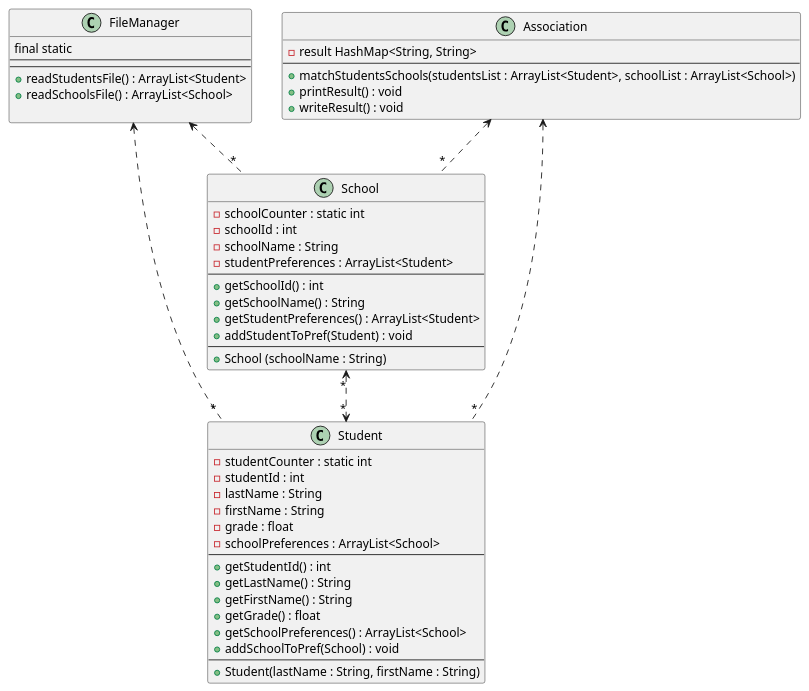
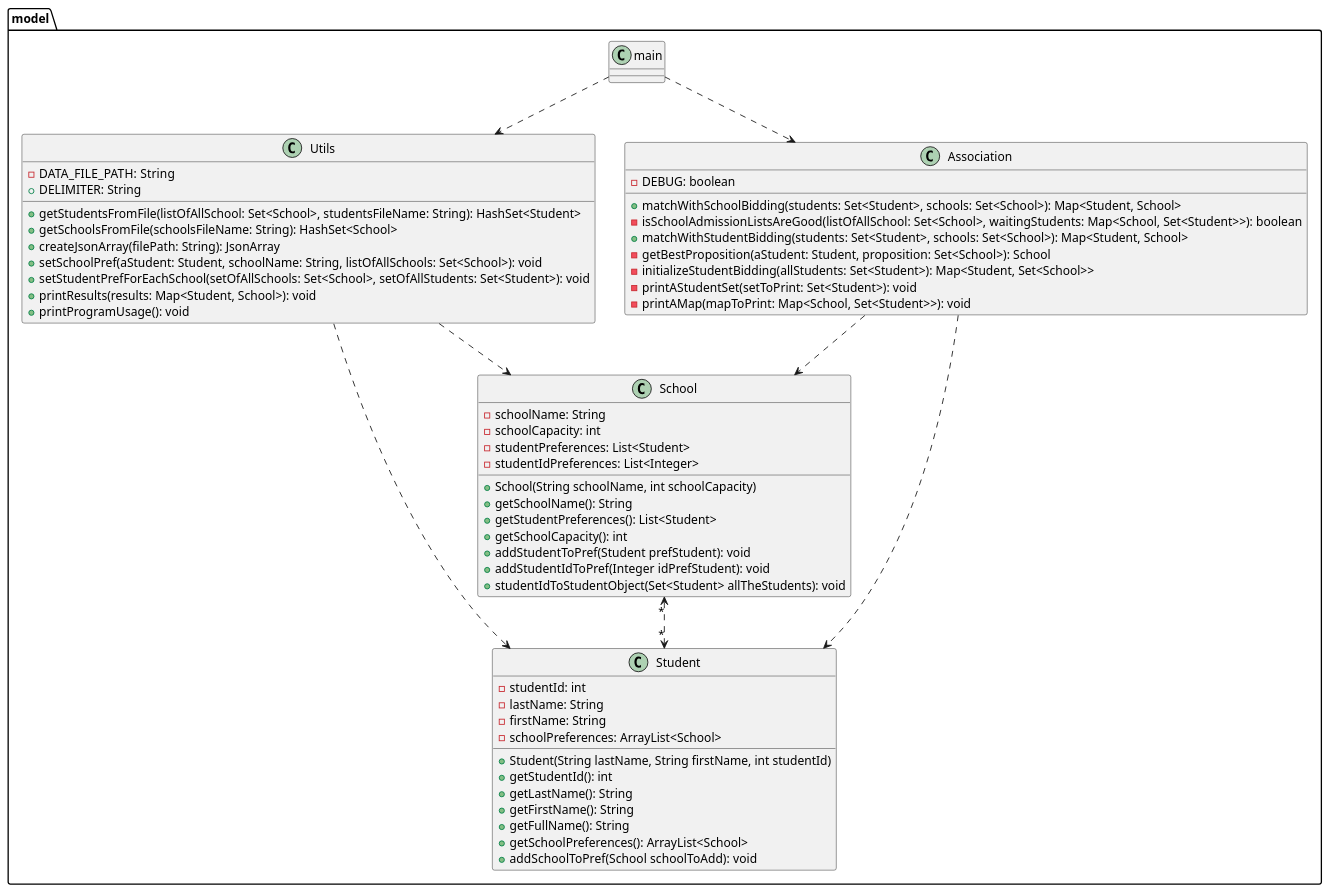
Before and after one commit to Yanis-Kouidri/mini-parcoursup: the diagram in uml/ProjectDiagram.puml, drawn with PlantUML.

Commit message:
Update UML diagram

```diff
--- a/uml/ProjectDiagram.puml
+++ b/uml/ProjectDiagram.puml
@@ -1,63 +1,71 @@
 @startuml
 'https://plantuml.com/class-diagram
 
+package model {
+class Student {
+    - studentId: int
+    - lastName: String
+    - firstName: String
+    - schoolPreferences: ArrayList<School>
 
-class Student {
-- studentCounter : static int
-- studentId : int
-- lastName : String
-- firstName : String
-- grade : float
-- schoolPreferences : ArrayList<School>
-----
-+ getStudentId() : int
-+ getLastName() : String
-+ getFirstName() : String
-+ getGrade() : float
-+ getSchoolPreferences() : ArrayList<School>
-+ addSchoolToPref(School) : void
-----
-+ Student(lastName : String, firstName : String)
+    + Student(String lastName, String firstName, int studentId)
+    + getStudentId(): int
+    + getLastName(): String
+    + getFirstName(): String
+    + getFullName(): String
+    + getSchoolPreferences(): ArrayList<School>
+    + addSchoolToPref(School schoolToAdd): void
 }
 
 class School {
-- schoolCounter : static int
-- schoolId : int
-- schoolName : String
-- studentPreferences : ArrayList<Student>
-----
-+ getSchoolId() : int
-+ getSchoolName() : String
-+ getStudentPreferences() : ArrayList<Student>
-+ addStudentToPref(Student) : void
-----
-+ School (schoolName : String)
+    - schoolName: String
+    - schoolCapacity: int
+    - studentPreferences: List<Student>
+    - studentIdPreferences: List<Integer>
+
+    + School(String schoolName, int schoolCapacity)
+    + getSchoolName(): String
+    + getStudentPreferences(): List<Student>
+    + getSchoolCapacity(): int
+    + addStudentToPref(Student prefStudent): void
+    + addStudentIdToPref(Integer idPrefStudent): void
+    + studentIdToStudentObject(Set<Student> allTheStudents): void
 }
 
-class FileManager {
-final static
-----
-----
-+ readStudentsFile() : ArrayList<Student>
-+ readSchoolsFile() : ArrayList<School>
-
+class Utils {
+    - DATA_FILE_PATH: String
+    + DELIMITER: String
+    + getStudentsFromFile(listOfAllSchool: Set<School>, studentsFileName: String): HashSet<Student>
+    + getSchoolsFromFile(schoolsFileName: String): HashSet<School>
+    + createJsonArray(filePath: String): JsonArray
+    + setSchoolPref(aStudent: Student, schoolName: String, listOfAllSchools: Set<School>): void
+    + setStudentPrefForEachSchool(setOfAllSchools: Set<School>, setOfAllStudents: Set<Student>): void
+    + printResults(results: Map<Student, School>): void
+    + printProgramUsage(): void
 }
 
 class Association {
-- result HashMap<String, String>
-----
-+ matchStudentsSchools(studentsList : ArrayList<Student>, schoolList : ArrayList<School>)
-+ printResult() : void
-+ writeResult() : void
+  - DEBUG: boolean
+  + matchWithSchoolBidding(students: Set<Student>, schools: Set<School>): Map<Student, School>
+  - isSchoolAdmissionListsAreGood(listOfAllSchool: Set<School>, waitingStudents: Map<School, Set<Student>>): boolean
+  + matchWithStudentBidding(students: Set<Student>, schools: Set<School>): Map<Student, School>
+  - getBestProposition(aStudent: Student, proposition: Set<School>): School
+  - initializeStudentBidding(allStudents: Set<Student>): Map<Student, Set<School>>
+  - printAStudentSet(setToPrint: Set<Student>): void
+  - printAMap(mapToPrint: Map<School, Set<Student>>): void
 }
 
 School "*" <..> "*" Student
 'School "0..1" -- "0..*" Student
-FileManager <.. "*" Student
-FileManager <.. "*" School
+Utils ..>  Student
+Utils ..>  School
 
-Association <.. "*" Student
-Association <.. "*" School
+Association ..>  Student
+Association ..>  School
+
+main ..> Association
+main ..> Utils
+}
 
 
 @enduml
```
